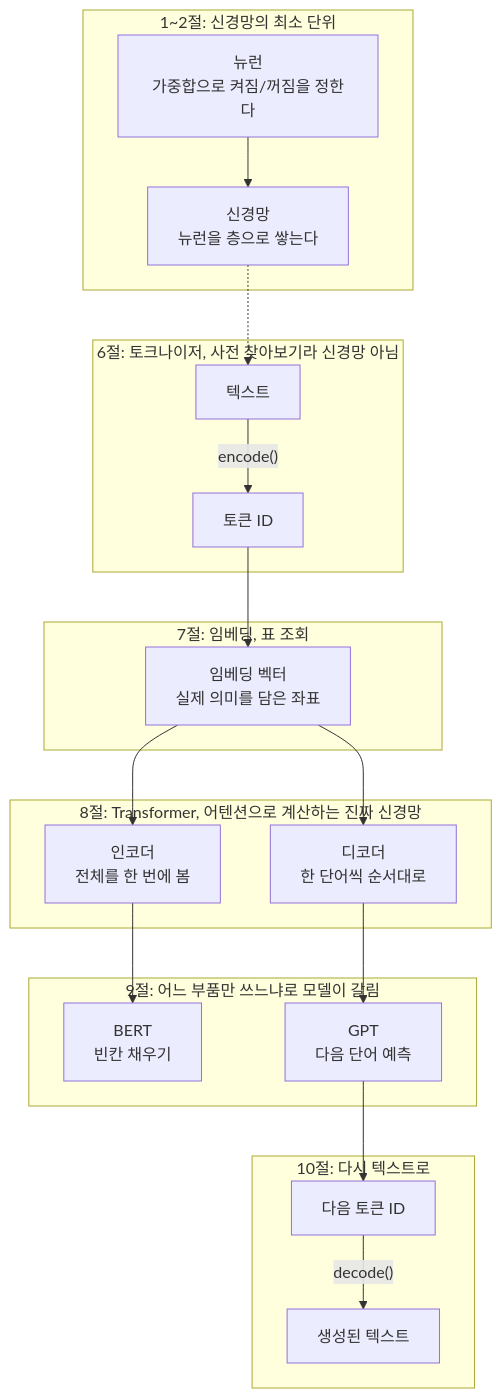
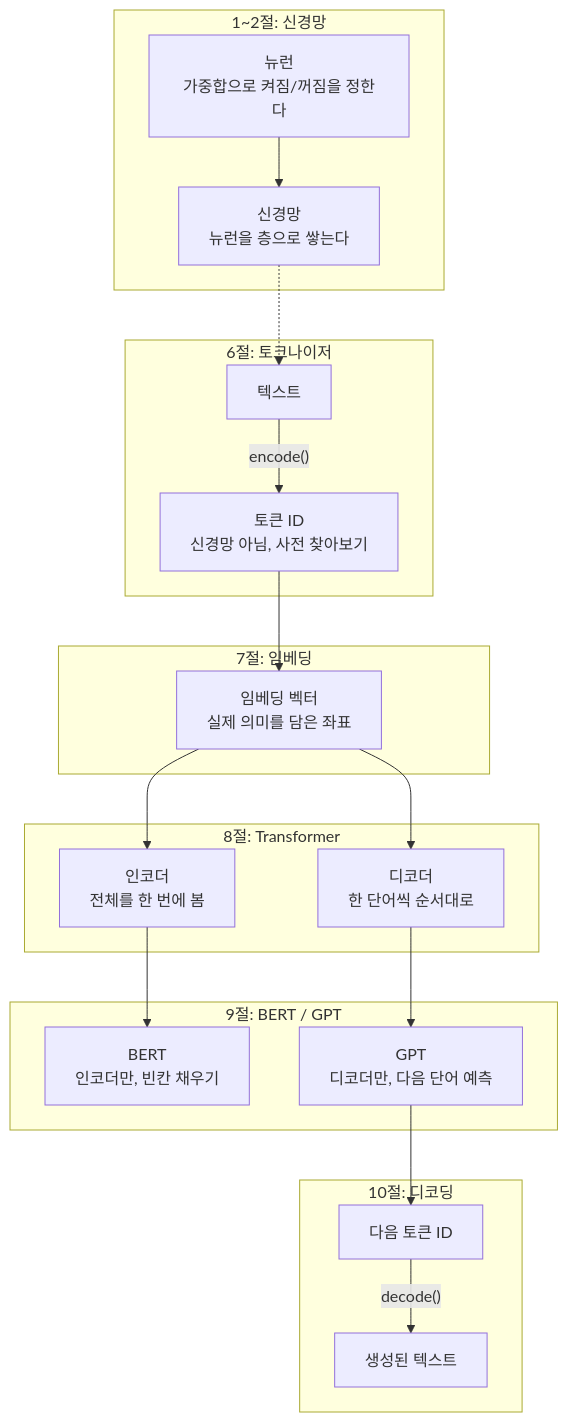
The first of 4 diagrams in _posts/2026-09-02-perceptron-linear-separability-llm.md (K-Diger/k-diger.github.io), drawn with Mermaid before and after one commit. The commit also changed other lines of this file, not shown here.

````diff
--- a/_posts/2026-09-02-perceptron-linear-separability-llm.md
+++ b/_posts/2026-09-02-perceptron-linear-separability-llm.md
@@ -49,42 +49,42 @@
 ```mermaid
 flowchart TB
-    subgraph S0["1~2절: 신경망의 최소 단위"]
+    subgraph S0["1~2절: 신경망"]
         N["뉴런<br/>가중합으로 켜짐/꺼짐을 정한다"]
         NN["신경망<br/>뉴런을 층으로 쌓는다"]
         N --> NN
     end
 
-    subgraph S1["6절: 토크나이저, 사전 찾아보기라 신경망 아님"]
+    subgraph S1["6절: 토크나이저"]
         TXT["텍스트"]
-        TID["토큰 ID"]
+        TID["토큰 ID<br/>신경망 아님, 사전 찾아보기"]
         TXT -- "encode()" --> TID
     end
 
-    subgraph S2["7절: 임베딩, 표 조회"]
+    subgraph S2["7절: 임베딩"]
         VEC["임베딩 벡터<br/>실제 의미를 담은 좌표"]
     end
 
-    subgraph S3["8절: Transformer, 어텐션으로 계산하는 진짜 신경망"]
+    subgraph S3["8절: Transformer"]
         ENC["인코더<br/>전체를 한 번에 봄"]
         DEC["디코더<br/>한 단어씩 순서대로"]
     end
 
-    subgraph S4["9절: 어느 부품만 쓰느냐로 모델이 갈림"]
-        BERT["BERT<br/>빈칸 채우기"]
-        GPT["GPT<br/>다음 단어 예측"]
+    subgraph S4["9절: BERT / GPT"]
+        BERT["BERT<br/>인코더만, 빈칸 채우기"]
+        GPT["GPT<br/>디코더만, 다음 단어 예측"]
     end
 
-    subgraph S5["10절: 다시 텍스트로"]
+    subgraph S5["10절: 디코딩"]
         NEXT["다음 토큰 ID"]
         OUT["생성된 텍스트"]
         NEXT -- "decode()" --> OUT
     end
 
     NN -.-> TXT
     TID --> VEC
     VEC --> ENC
     VEC --> DEC
     ENC --> BERT
     DEC --> GPT
     GPT --> NEXT
 ```
````
